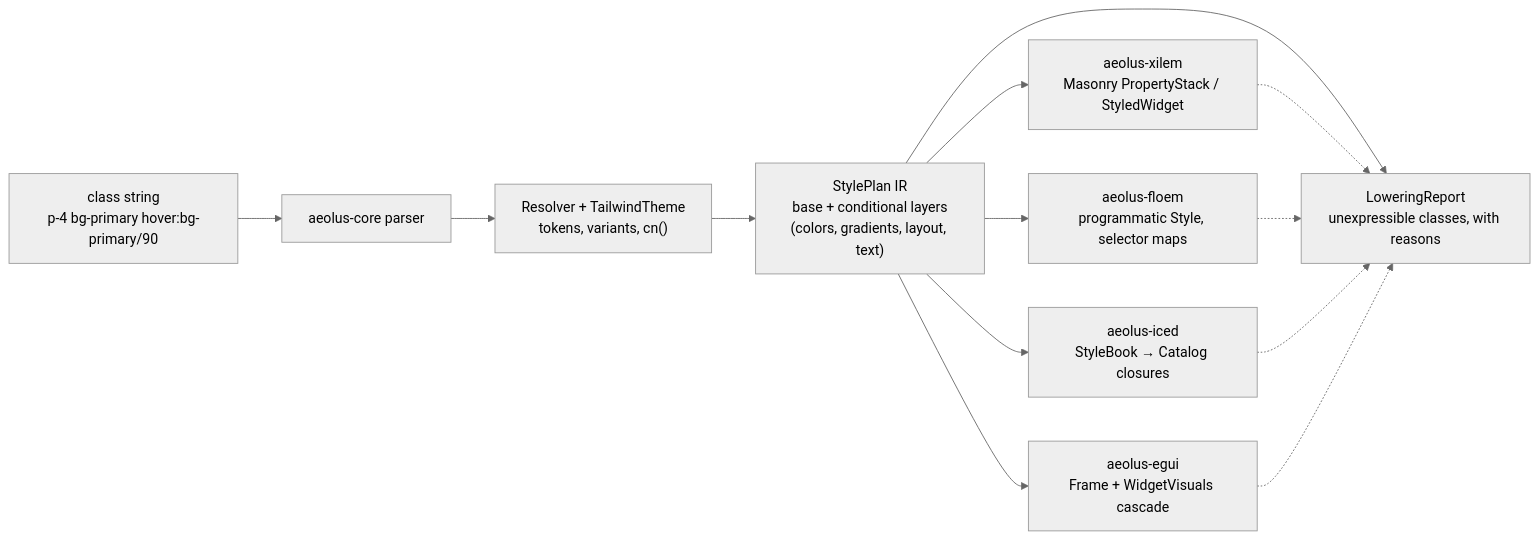
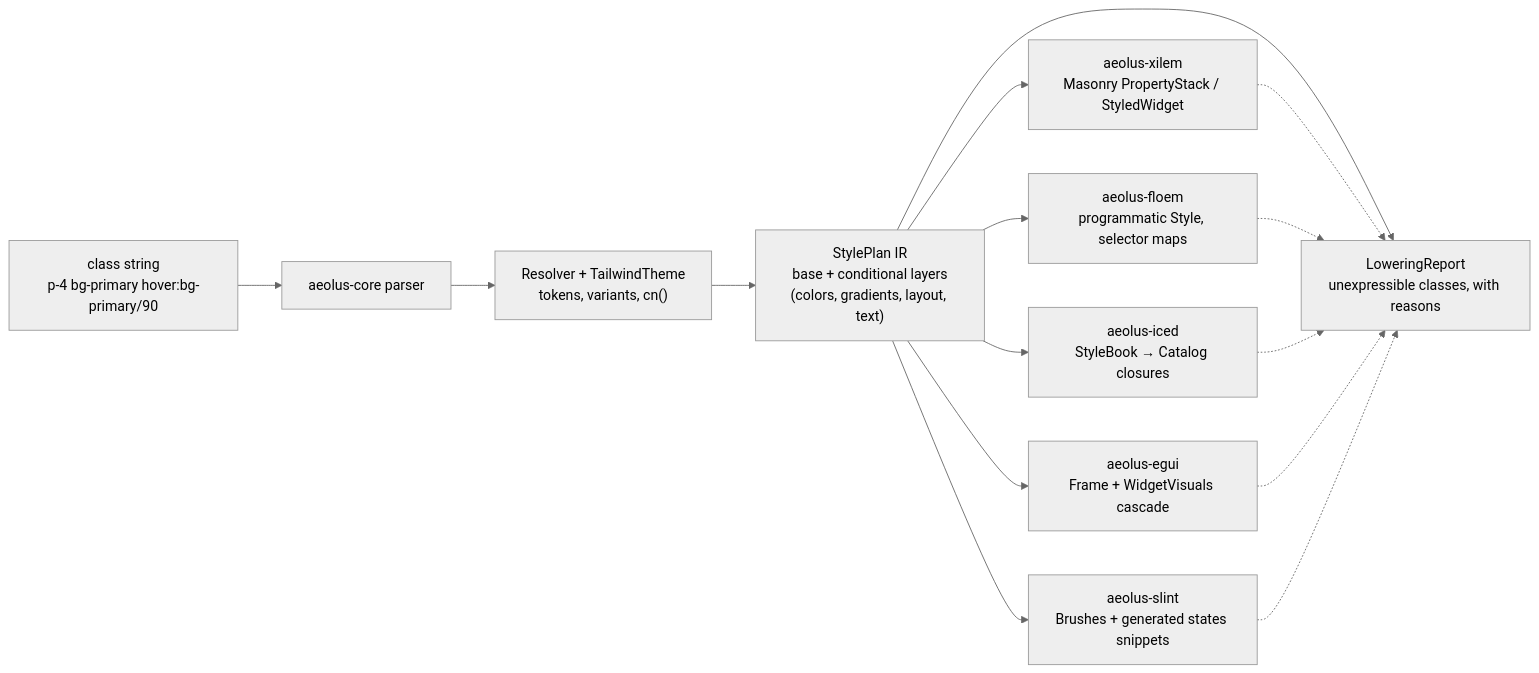
The diagram in README.md (elcoosp/aeolus), drawn with Mermaid (neutral theme) before and after one commit. The commit also changed other lines of this file, not shown here.

Commit message:
docs: update README with Slint backend details and architecture diagram

````diff
--- a/README.md
+++ b/README.md
@@ -84,15 +93,17 @@
 ```mermaid
 flowchart LR
     A["class string<br/>p-4 bg-primary hover:bg-primary/90"] --> B["aeolus-core parser"]
     B --> C["Resolver + TailwindTheme<br/>tokens, variants, cn()"]
     C --> D["StylePlan IR<br/>base + conditional layers<br/>(colors, gradients, layout, text)"]
     D --> E["aeolus-xilem<br/>Masonry PropertyStack / StyledWidget"]
     D --> F["aeolus-floem<br/>programmatic Style, selector maps"]
     D --> H["aeolus-iced<br/>StyleBook → Catalog closures"]
     D --> I["aeolus-egui<br/>Frame + WidgetVisuals cascade"]
+    D --> J["aeolus-slint<br/>Brushes + generated states snippets"]
     D --> G["LoweringReport<br/>unexpressible classes, with reasons"]
     E -.-> G
     F -.-> G
     H -.-> G
     I -.-> G
+    J -.-> G
 ```
````
